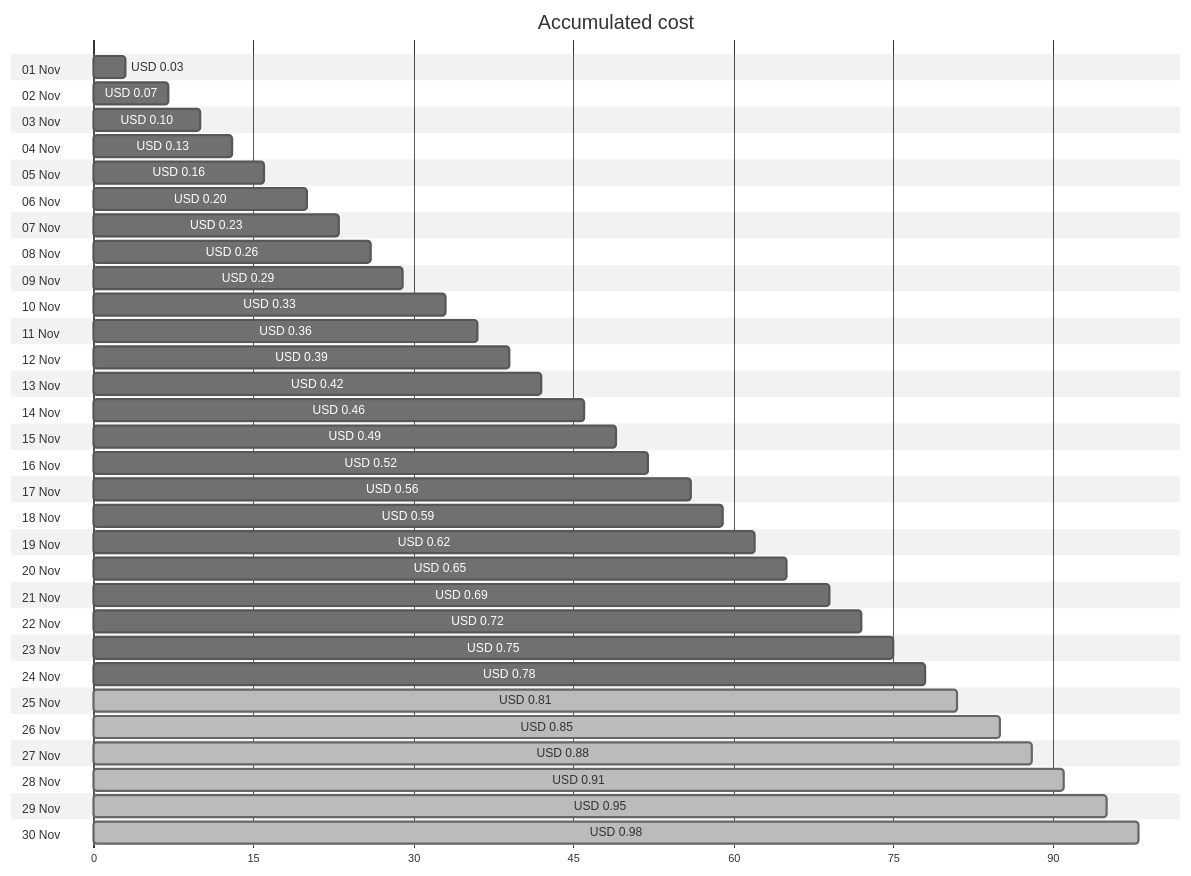
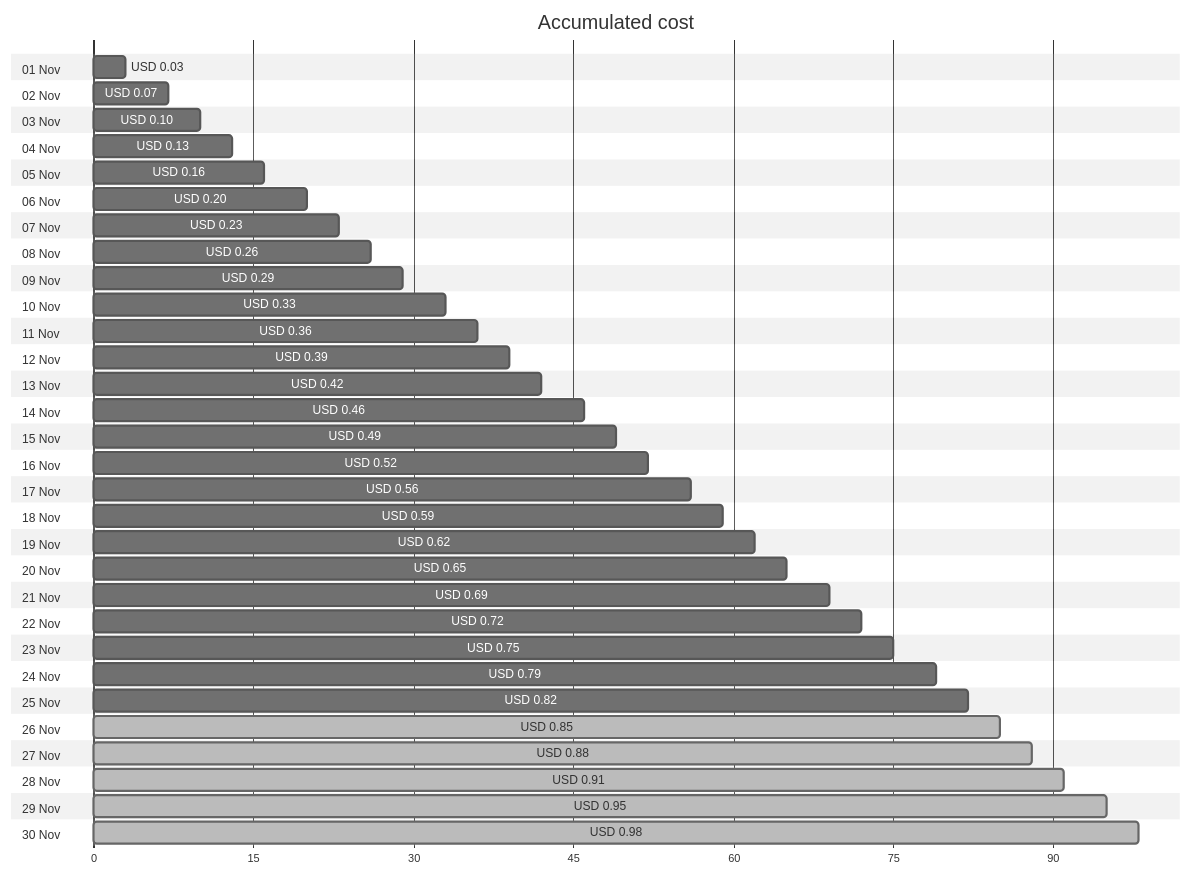
Before and after one commit to jpfulton/azure-personal-reports: the first of 4 diagrams in cost-reports/personal-dns/README.md, drawn with Mermaid (neutral theme). The commit also changed other lines of this file and 2 other files, not shown here.

````diff
--- a/cost-reports/personal-dns/README.md
+++ b/cost-reports/personal-dns/README.md
@@ -20,66 +20,66 @@
 ```mermaid
 gantt
    title Accumulated cost
    dateFormat  X
    axisFormat %s
    section 01 Nov
    USD 0.03 :0, 3
    section 02 Nov
    USD 0.07 :0, 7
    section 03 Nov
    USD 0.10 :0, 10
    section 04 Nov
    USD 0.13 :0, 13
    section 05 Nov
    USD 0.16 :0, 16
    section 06 Nov
    USD 0.20 :0, 20
    section 07 Nov
    USD 0.23 :0, 23
    section 08 Nov
    USD 0.26 :0, 26
    section 09 Nov
    USD 0.29 :0, 29
    section 10 Nov
    USD 0.33 :0, 33
    section 11 Nov
    USD 0.36 :0, 36
    section 12 Nov
    USD 0.39 :0, 39
    section 13 Nov
    USD 0.42 :0, 42
    section 14 Nov
    USD 0.46 :0, 46
    section 15 Nov
    USD 0.49 :0, 49
    section 16 Nov
    USD 0.52 :0, 52
    section 17 Nov
    USD 0.56 :0, 56
    section 18 Nov
    USD 0.59 :0, 59
    section 19 Nov
    USD 0.62 :0, 62
    section 20 Nov
    USD 0.65 :0, 65
    section 21 Nov
    USD 0.69 :0, 69
    section 22 Nov
    USD 0.72 :0, 72
    section 23 Nov
    USD 0.75 :0, 75
    section 24 Nov
-   USD 0.78 :0, 78
+   USD 0.79 :0, 79
    section 25 Nov
-   USD 0.81 : done, 0, 81
+   USD 0.82 :0, 82
    section 26 Nov
    USD 0.85 : done, 0, 85
    section 27 Nov
    USD 0.88 : done, 0, 88
    section 28 Nov
    USD 0.91 : done, 0, 91
    section 29 Nov
    USD 0.95 : done, 0, 95
    section 30 Nov
    USD 0.98 : done, 0, 98
 ```
````
